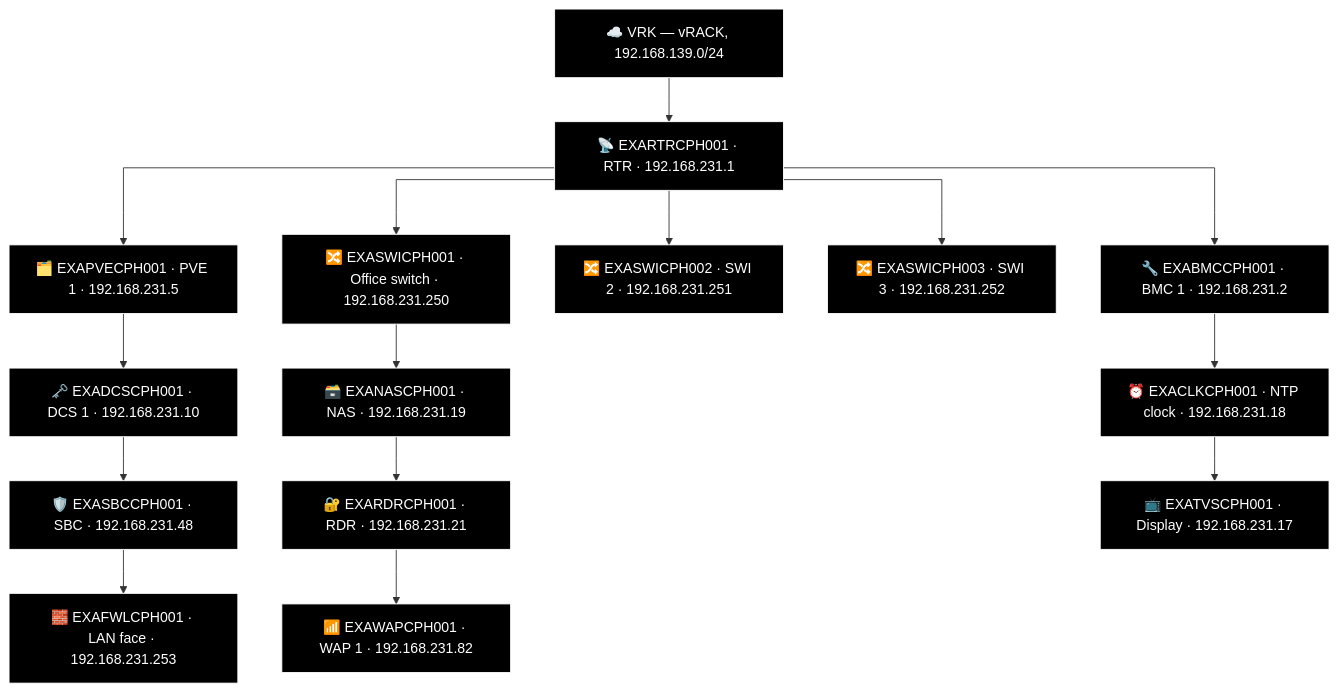
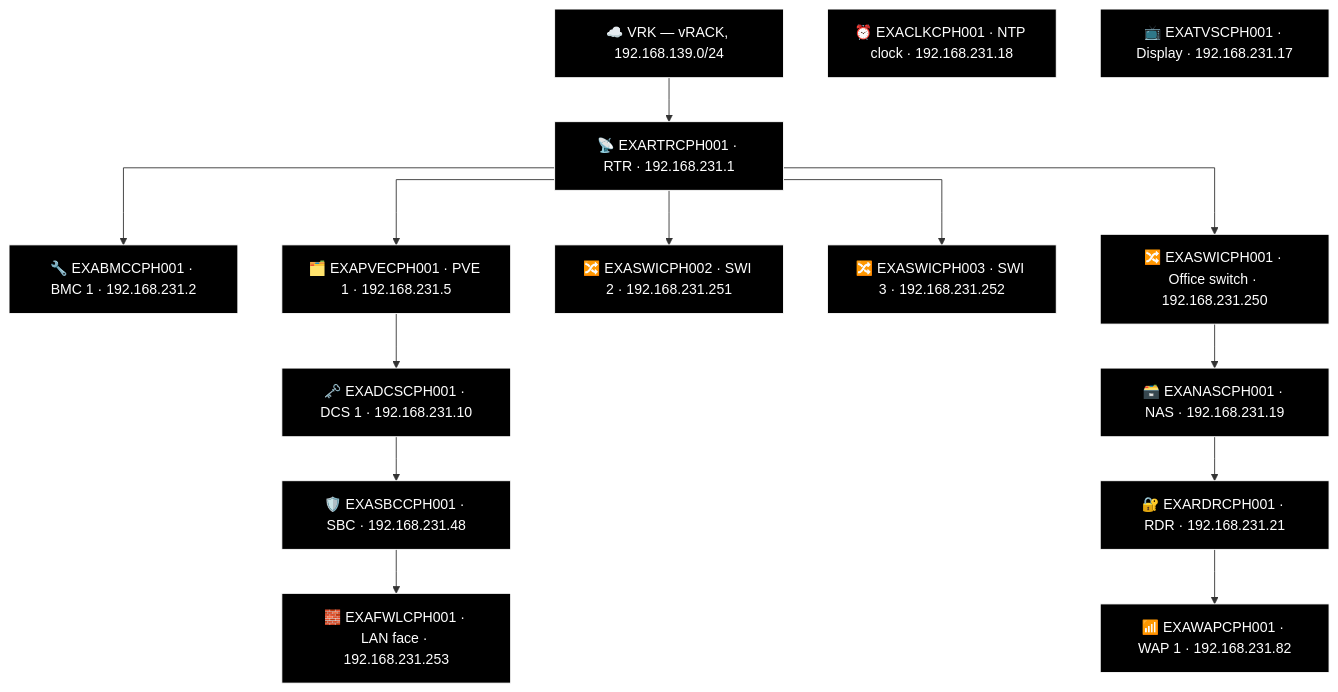
Before and after one commit to knightmare2600/example_music_infra: the second of 18 diagrams in docs/network-diagram/danmark.md, drawn with Mermaid. The commit also changed other lines of this file and 8 other files, not shown here.

First line of the commit message:
generate_network_diagrams.py: port FAL's two-column "Other" bucket into the generator

````diff
--- a/docs/network-diagram/danmark.md
+++ b/docs/network-diagram/danmark.md
@@ -48,45 +48,44 @@
 ```mermaid
 %% GENERATED:TOPOLOGY:CPH:START
 %%{init: {'flowchart': {'curve': 'stepAfter'}}}%%
 graph TD
     T_VRK["☁️ VRK — vRACK, 192.168.139.0/24"]
     T_RTR["📡 EXARTRCPH001 · RTR · 192.168.231.1"]
     T_VRK --> T_RTR
     T_BMC["🔧 EXABMCCPH001 · BMC 1 · 192.168.231.2"]
     T_RTR --> T_BMC
     T_PVE["🗂️ EXAPVECPH001 · PVE 1 · 192.168.231.5"]
     T_RTR --> T_PVE
     T_SWI["🔀 EXASWICPH002 · SWI 2 · 192.168.231.251"]
     T_RTR --> T_SWI
     T_SWI2["🔀 EXASWICPH003 · SWI 3 · 192.168.231.252"]
     T_RTR --> T_SWI2
     T_SWI3["🔀 EXASWICPH001 · Office switch · 192.168.231.250"]
     T_RTR --> T_SWI3
     T_NAS["🗃️ EXANASCPH001 · NAS · 192.168.231.19"]
     T_RDR["🔐 EXARDRCPH001 · RDR · 192.168.231.21"]
     T_WAP["📶 EXAWAPCPH001 · WAP 1 · 192.168.231.82"]
     T_SWI3 --> T_NAS --> T_RDR --> T_WAP
     T_DCS["🗝️ EXADCSCPH001 · DCS 1 · 192.168.231.10"]
     T_SBC["🛡️ EXASBCCPH001 · SBC · 192.168.231.48"]
     T_FWL["🧱 EXAFWLCPH001 · LAN face · 192.168.231.253"]
     T_PVE --> T_DCS --> T_SBC --> T_FWL
     T_CLK["⏰ EXACLKCPH001 · NTP clock · 192.168.231.18"]
     T_TVS["📺 EXATVSCPH001 · Display · 192.168.231.17"]
-    T_BMC --> T_CLK --> T_TVS
     style T_VRK fill:#000000,stroke:#FFFFFF,color:#FFFFFF
     style T_RTR fill:#000000,stroke:#FFFFFF,color:#FFFFFF
     style T_BMC fill:#000000,stroke:#FFFFFF,color:#FFFFFF
     style T_PVE fill:#000000,stroke:#FFFFFF,color:#FFFFFF
     style T_SWI fill:#000000,stroke:#FFFFFF,color:#FFFFFF
     style T_SWI2 fill:#000000,stroke:#FFFFFF,color:#FFFFFF
     style T_SWI3 fill:#000000,stroke:#FFFFFF,color:#FFFFFF
     style T_NAS fill:#000000,stroke:#FFFFFF,color:#FFFFFF
     style T_RDR fill:#000000,stroke:#FFFFFF,color:#FFFFFF
     style T_WAP fill:#000000,stroke:#FFFFFF,color:#FFFFFF
     style T_DCS fill:#000000,stroke:#FFFFFF,color:#FFFFFF
     style T_SBC fill:#000000,stroke:#FFFFFF,color:#FFFFFF
     style T_FWL fill:#000000,stroke:#FFFFFF,color:#FFFFFF
     style T_CLK fill:#000000,stroke:#FFFFFF,color:#FFFFFF
     style T_TVS fill:#000000,stroke:#FFFFFF,color:#FFFFFF
 %% GENERATED:TOPOLOGY:CPH:END
 ```
````
